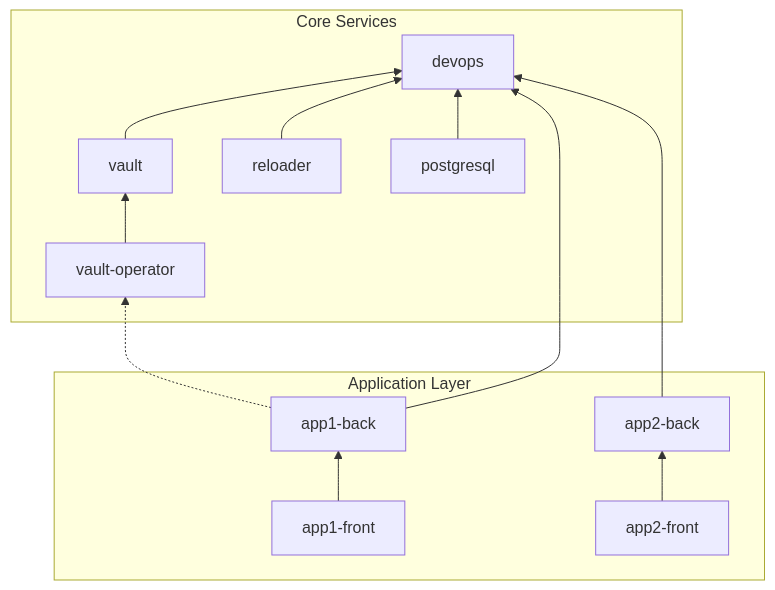
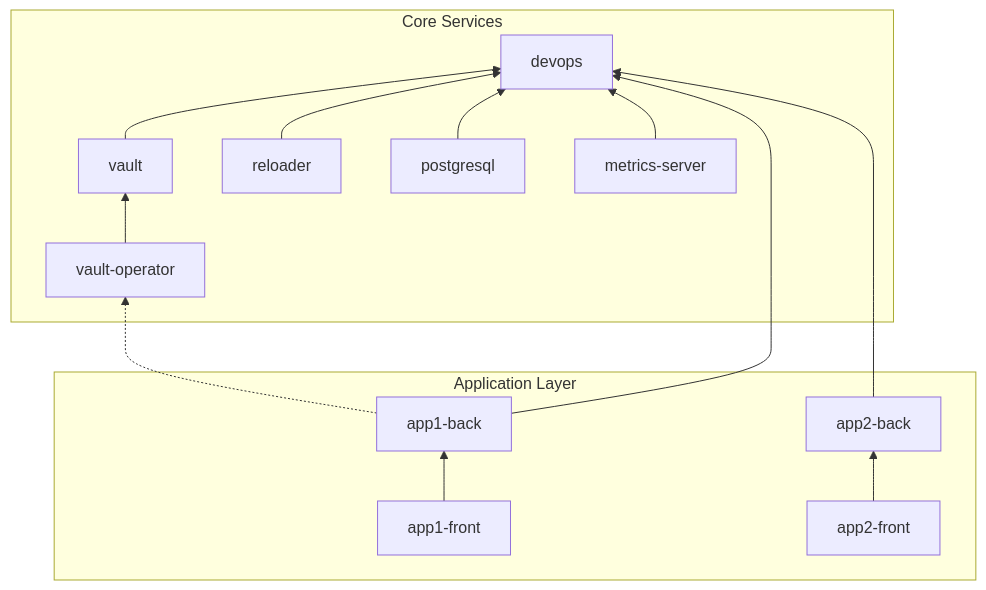
Before and after one commit to mandos/k8s-deployment.example: the second of 2 diagrams in README.md, drawn with Mermaid. The commit also changed other lines of this file and 1 other file, not shown here.

Commit message:
feat: Install Metrics Server for HPA

````diff
--- a/README.md
+++ b/README.md
@@ -339,20 +340,21 @@
 ```mermaid
 flowchart BT
 
 subgraph "Core Services"
   vault --> devops
   vault-operator --> vault
   reloader --> devops
   postgresql --> devops
+  metrics-server --> devops
 end
 
 
 subgraph "Application Layer"
   app1-back --> devops
   app1-back -.-> vault-operator
   app1-front --> app1-back
 
   app2-back --> devops
   app2-front --> app2-back
 end
 ```
````
